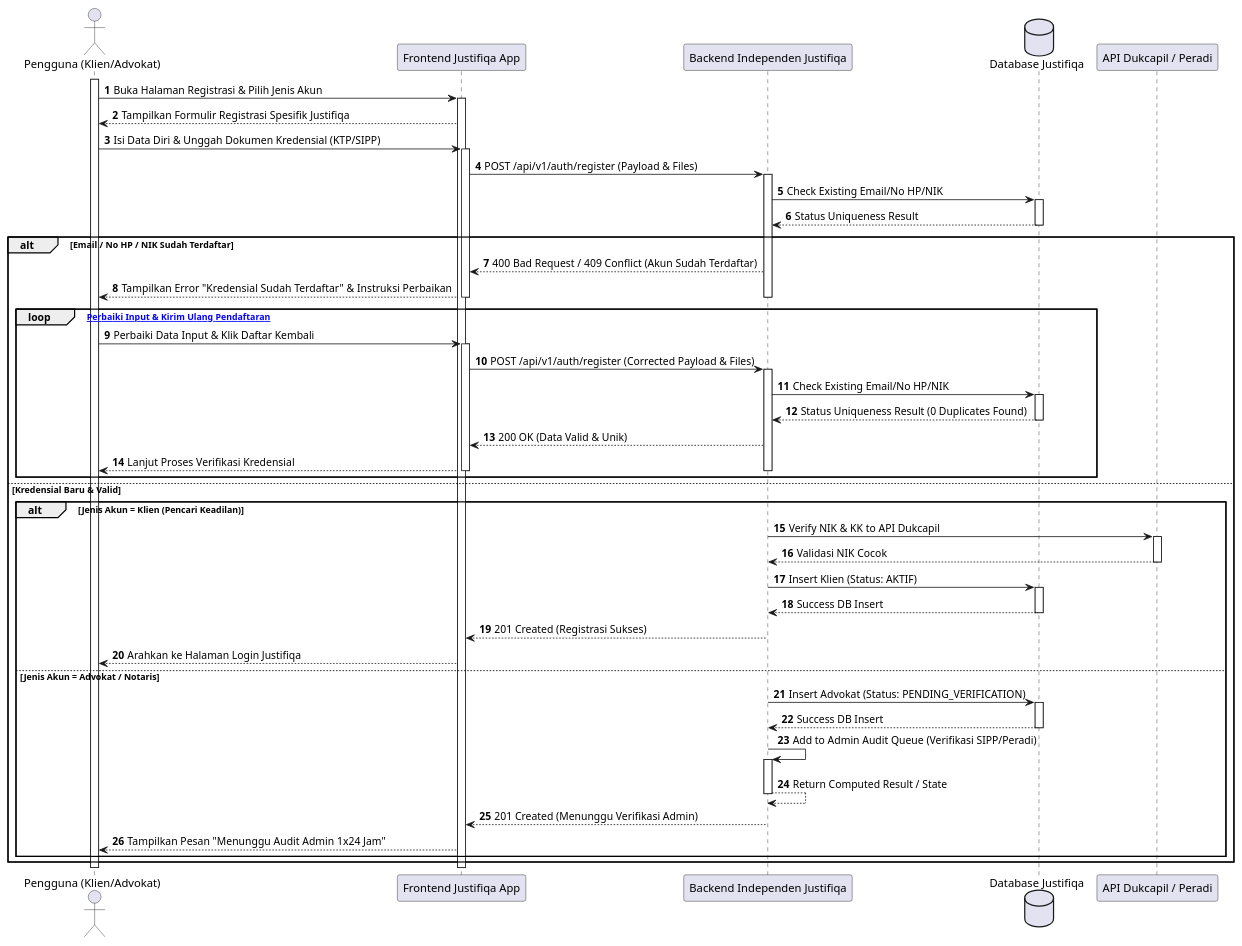
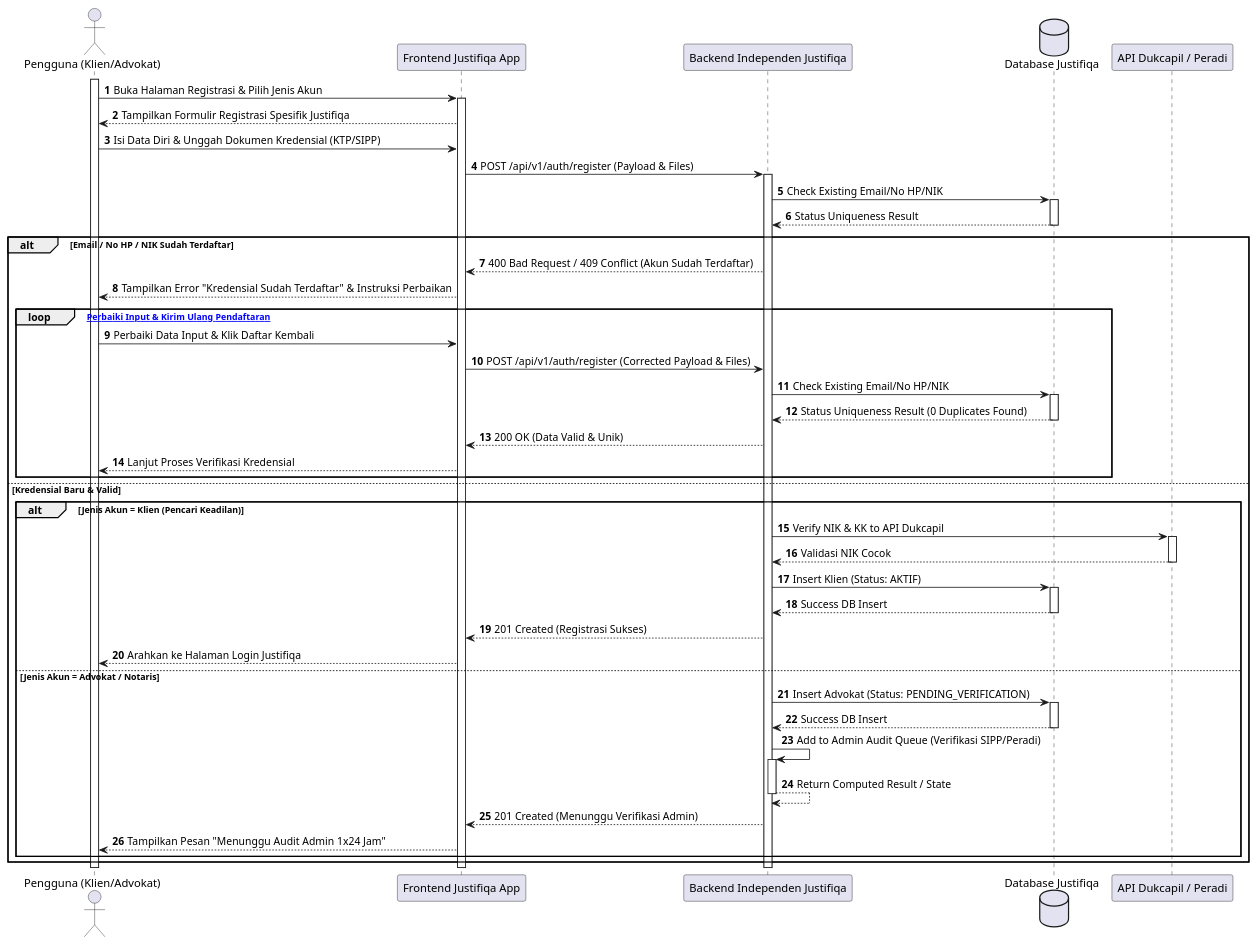
Before and after one commit to tupperwureism/SuperApp-Gagal: the first of 27 diagrams in MarkDown/plantuml_sequence_diagrams.md, drawn with PlantUML. The commit also changed other lines of this file and 3 other files, not shown here.

Commit message:
fix(uml): enforce Continuous Activation Rule across alt/else/loop branches in SD-J-01, SD-Q-01, SD-J-02, SD-Q-02, SD-J-04, SD-Q-04, and SD-J-07 by removing premature deactivations and standalone activates

````diff
--- a/MarkDown/plantuml_sequence_diagrams.md
+++ b/MarkDown/plantuml_sequence_diagrams.md
@@ -20,58 +20,52 @@
 ```plantuml
 @startuml
 autonumber
 actor "Pengguna (Klien/Advokat)" as User
 participant "Frontend Justifiqa App" as FE
 participant "Backend Independen Justifiqa" as BE
 database "Database Justifiqa" as DB
 participant "API Dukcapil / Peradi" as Ext
 
 activate User
 User -> FE ++ : Buka Halaman Registrasi & Pilih Jenis Akun
 FE --> User : Tampilkan Formulir Registrasi Spesifik Justifiqa
-User -> FE ++ : Isi Data Diri & Unggah Dokumen Kredensial (KTP/SIPP)
+User -> FE : Isi Data Diri & Unggah Dokumen Kredensial (KTP/SIPP)
 FE -> BE ++ : POST /api/v1/auth/register (Payload & Files)
 
 BE -> DB ++ : Check Existing Email/No HP/NIK
 DB --> BE -- : Status Uniqueness Result
 
 alt Email / No HP / NIK Sudah Terdaftar
     BE --> FE : 400 Bad Request / 409 Conflict (Akun Sudah Terdaftar)
     FE --> User : Tampilkan Error "Kredensial Sudah Terdaftar" & Instruksi Perbaikan
-    deactivate BE
-    deactivate FE
     
     loop [Coba Perbaiki Input & Kirim Ulang Pendaftaran]
-        User -> FE ++ : Perbaiki Data Input & Klik Daftar Kembali
-        FE -> BE ++ : POST /api/v1/auth/register (Corrected Payload & Files)
+        User -> FE : Perbaiki Data Input & Klik Daftar Kembali
+        FE -> BE : POST /api/v1/auth/register (Corrected Payload & Files)
         BE -> DB ++ : Check Existing Email/No HP/NIK
         DB --> BE -- : Status Uniqueness Result (0 Duplicates Found)
         BE --> FE : 200 OK (Data Valid & Unik)
         FE --> User : Lanjut Proses Verifikasi Kredensial
-        deactivate BE
-        deactivate FE
     end
 else Kredensial Baru & Valid
-    activate BE
-    activate FE
     alt Jenis Akun = Klien (Pencari Keadilan)
         BE -> Ext ++ : Verify NIK & KK to API Dukcapil
         Ext --> BE -- : Validasi NIK Cocok
         BE -> DB ++ : Insert Klien (Status: AKTIF)
         DB --> BE -- : Success DB Insert
         BE --> FE : 201 Created (Registrasi Sukses)
         FE --> User : Arahkan ke Halaman Login Justifiqa
     else Jenis Akun = Advokat / Notaris
         BE -> DB ++ : Insert Advokat (Status: PENDING_VERIFICATION)
         DB --> BE -- : Success DB Insert
         BE -> BE ++ : Add to Admin Audit Queue (Verifikasi SIPP/Peradi)
         BE --> BE -- : Return Computed Result / State
         BE --> FE : 201 Created (Menunggu Verifikasi Admin)
         FE --> User : Tampilkan Pesan "Menunggu Audit Admin 1x24 Jam"
     end
 end
 deactivate BE
 deactivate FE
 deactivate User
 @enduml
 ```
````
